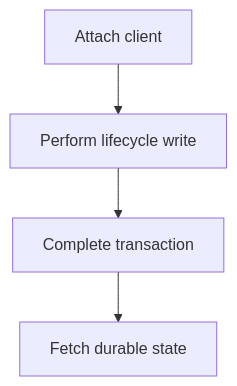
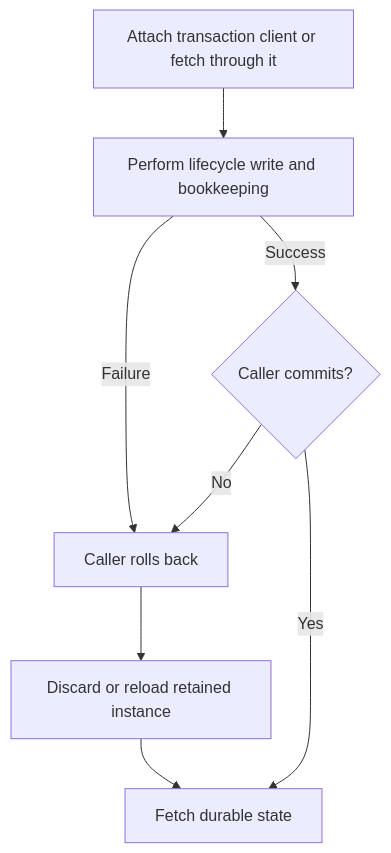
Before and after one commit to Kevinjohn/oss-adonisjs-lucid-soft-delete: the second of 2 diagrams in user-stories/integration/us-app-11-transaction.md, drawn with Mermaid. The commit also changed other lines of this file and 22 other files, not shown here.

Commit message:
docs: verify user story paths and Mermaid flows against implementation

````diff
--- a/user-stories/integration/us-app-11-transaction.md
+++ b/user-stories/integration/us-app-11-transaction.md
@@ -26,4 +28,9 @@
 ```mermaid
 flowchart TD
-    A["Attach client"] --> B["Perform lifecycle write"] --> C["Complete transaction"] --> D["Fetch durable state"]
+    A["Attach transaction client or fetch through it"] --> B["Perform lifecycle write and bookkeeping"]
+    B -->|Failure| E["Caller rolls back"]
+    B -->|Success| C{"Caller commits?"}
+    C -->|No| E
+    C -->|Yes| D["Fetch durable state"]
+    E --> F["Discard or reload retained instance"] --> D
 ```
````
